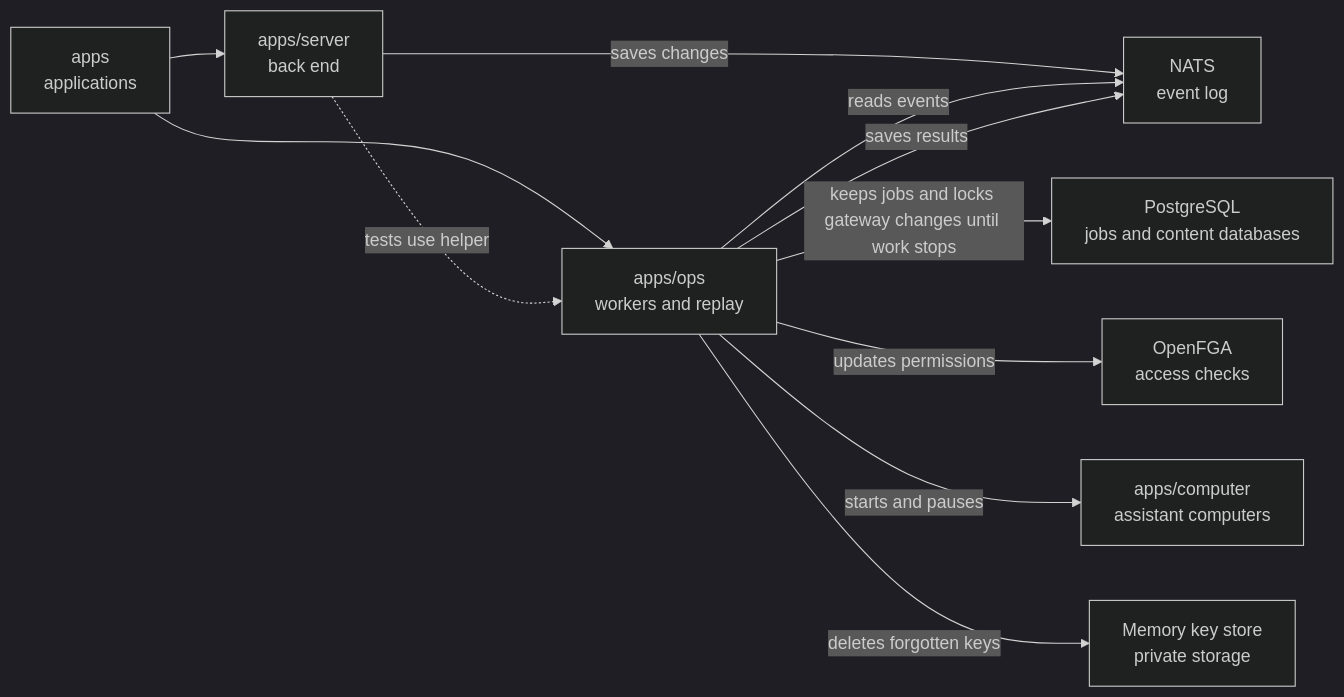
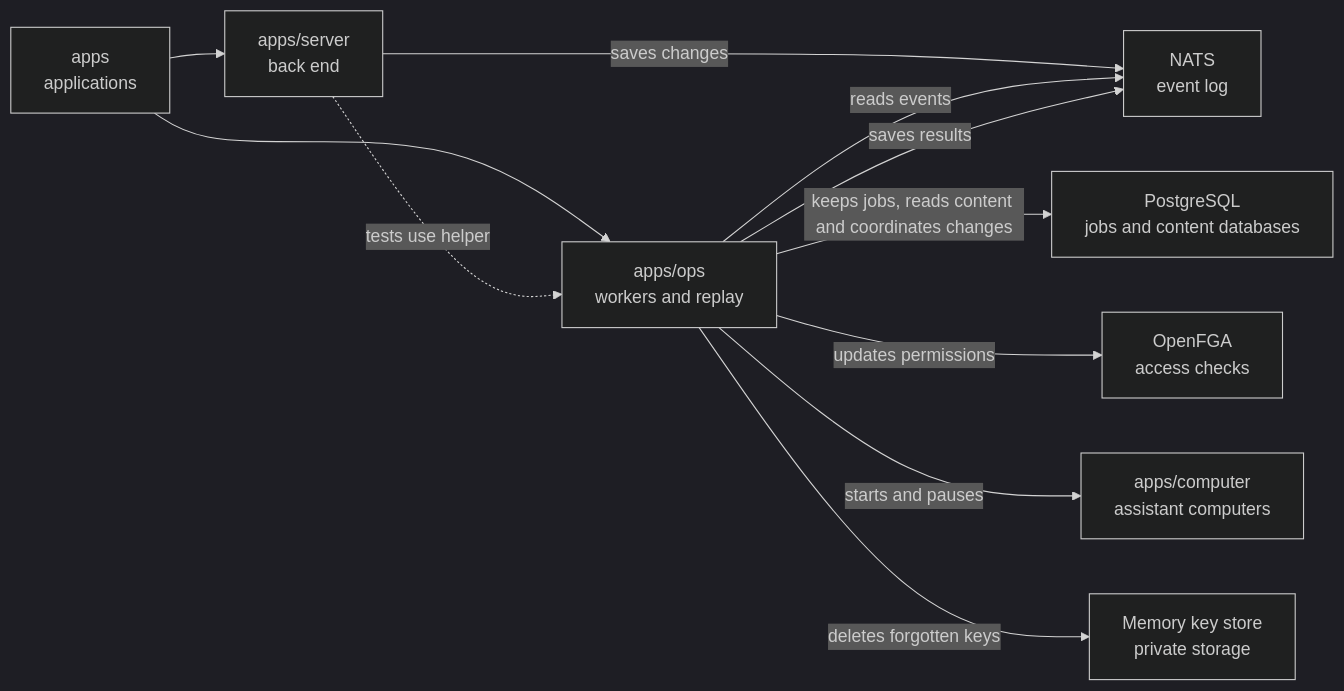
One commit to elewa-git/opencrane-new changed the diagram in apps/ops/README.md. Above: the diagram before and after it, drawn with Mermaid (dark theme). The commit also changed other lines of this file and 5 other files, not shown here.

````diff
--- a/apps/ops/README.md
+++ b/apps/ops/README.md
@@ -17,13 +17,13 @@
 ```mermaid
 flowchart LR
   apps["apps<br/>applications"] --> ops["apps/ops<br/>workers and replay"]
   apps --> server["apps/server<br/>back end"]
   server -.->|tests use helper| ops
   server -->|saves changes| nats["NATS<br/>event log"]
   ops -->|reads events| nats
   ops -->|saves results| nats
-  ops -->|keeps jobs and locks gateway changes until work stops| pg["PostgreSQL<br/>jobs and content databases"]
+  ops -->|keeps jobs, reads content and coordinates changes| pg["PostgreSQL<br/>jobs and content databases"]
   ops -->|updates permissions| fga["OpenFGA<br/>access checks"]
   ops -->|starts and pauses| computer["apps/computer<br/>assistant computers"]
   ops -->|deletes forgotten keys| keys["Memory key store<br/>private storage"]
 ```
````
